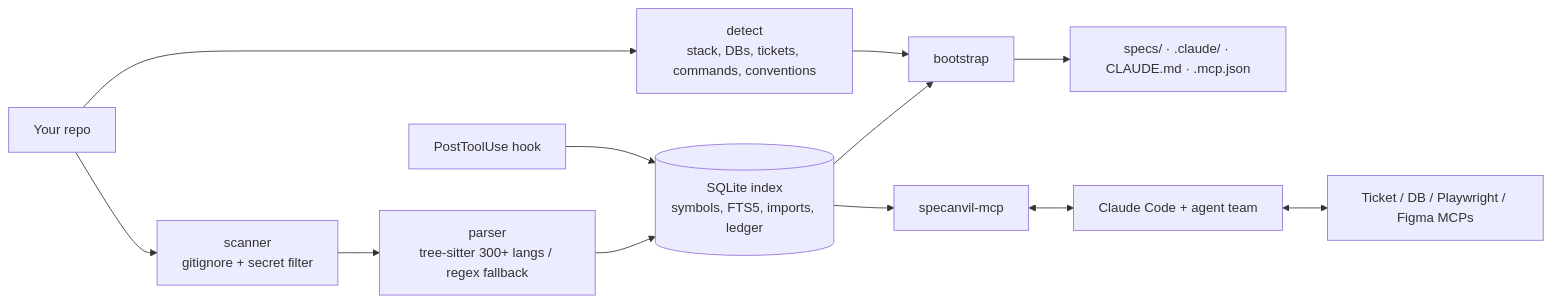
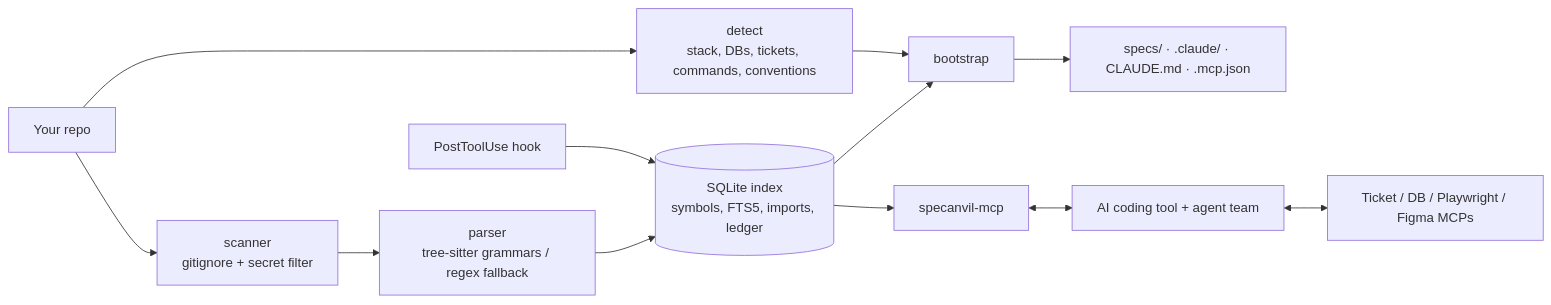
Before and after one commit to Abdulwahab26/SpecAnvil: the diagram in README.md, drawn with Mermaid. The commit also changed other lines of this file and 68 other files, not shown here.

First line of the commit message:
v0.11.0: typed call graph, Kotlin indexing, nine-language eval gate, docs

````diff
--- a/README.md
+++ b/README.md
@@ -234,14 +252,14 @@
 ```mermaid
 flowchart LR
   R[Your repo] --> S[scanner<br/>gitignore + secret filter]
-  S --> P[parser<br/>tree-sitter 300+ langs / regex fallback]
+  S --> P[parser<br/>tree-sitter grammars / regex fallback]
   P --> I[(SQLite index<br/>symbols, FTS5, imports, ledger)]
   R --> D[detect<br/>stack, DBs, tickets, commands, conventions]
   I --> B[bootstrap]
   D --> B
   B --> O[specs/ · .claude/ · CLAUDE.md · .mcp.json]
   I --> M[specanvil-mcp]
-  M <--> C[Claude Code + agent team]
+  M <--> C[AI coding tool + agent team]
   C <--> X[Ticket / DB / Playwright / Figma MCPs]
   H[PostToolUse hook] --> I
 ```
````
